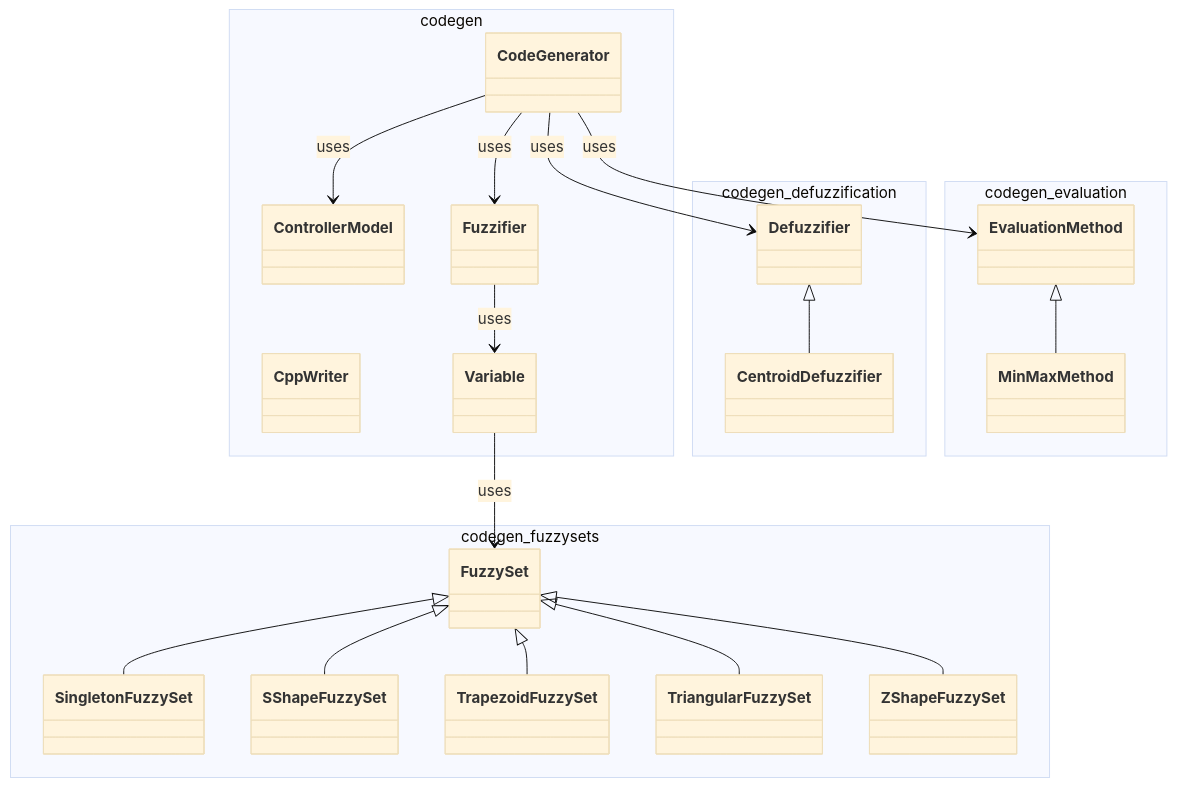
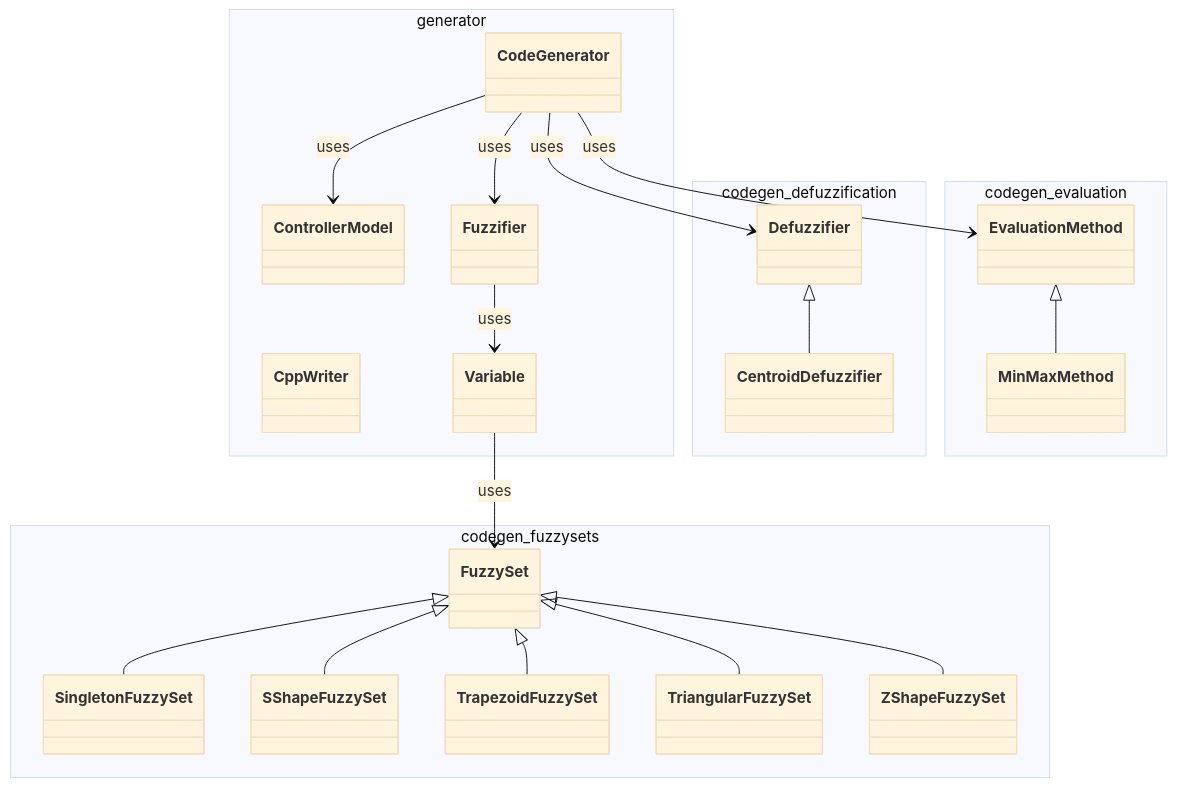
The second of 3 diagrams in doc/modules/codegen.md (PascalUser/FLC-IEC61131-7), drawn with Mermaid (base theme) before and after one commit. The commit also changed other lines of this file and 537 other files, not shown here.

````diff
--- a/doc/modules/codegen.md
+++ b/doc/modules/codegen.md
@@ -50,39 +50,39 @@
 ```mermaid
 classDiagram
-    namespace codegen {
+    namespace generator {
         class CodeGenerator
         class ControllerModel
         class CppWriter
         class Fuzzifier
         class Variable
     }
     namespace codegen_defuzzification {
         class Defuzzifier
         class CentroidDefuzzifier
     }
     namespace codegen_evaluation {
         class EvaluationMethod
         class MinMaxMethod
     }
     namespace codegen_fuzzysets {
         class FuzzySet
         class SingletonFuzzySet
         class SShapeFuzzySet
         class TrapezoidFuzzySet
         class TriangularFuzzySet
         class ZShapeFuzzySet
     }
     EvaluationMethod <|-- MinMaxMethod
     Defuzzifier <|-- CentroidDefuzzifier
     FuzzySet <|-- SingletonFuzzySet
     FuzzySet <|-- SShapeFuzzySet
     FuzzySet <|-- TrapezoidFuzzySet
     FuzzySet <|-- TriangularFuzzySet
     FuzzySet <|-- ZShapeFuzzySet
     CodeGenerator --> ControllerModel : uses
     CodeGenerator --> Fuzzifier : uses
     CodeGenerator --> EvaluationMethod : uses
     CodeGenerator --> Defuzzifier : uses
     Fuzzifier --> Variable : uses
     Variable --> FuzzySet : uses
 ```
````
